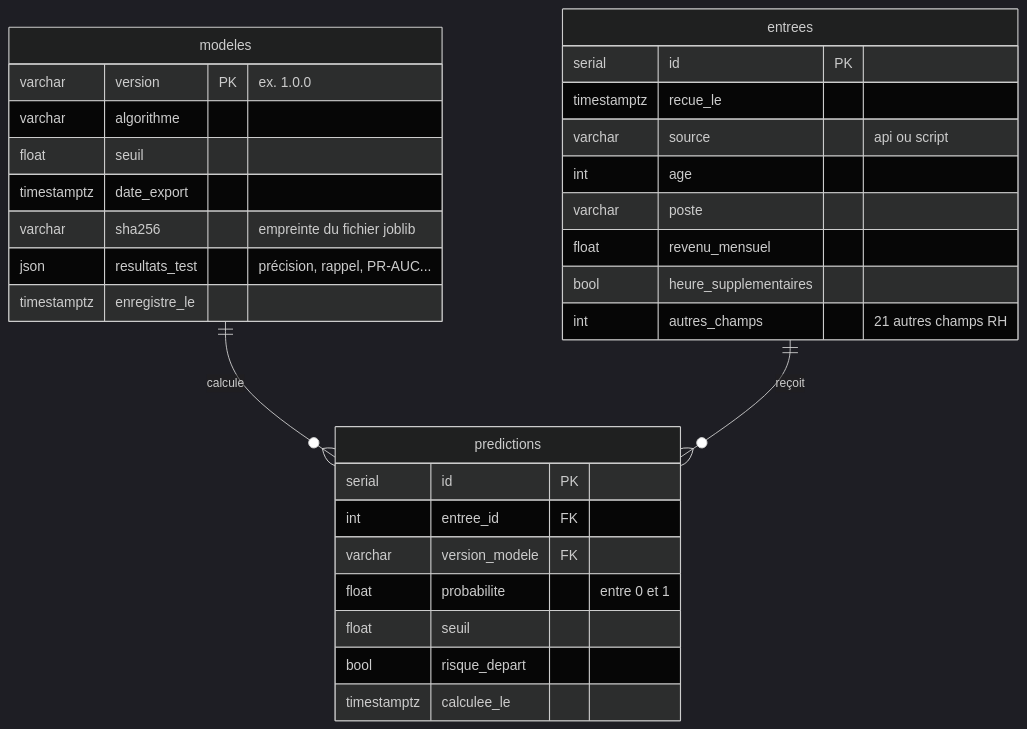
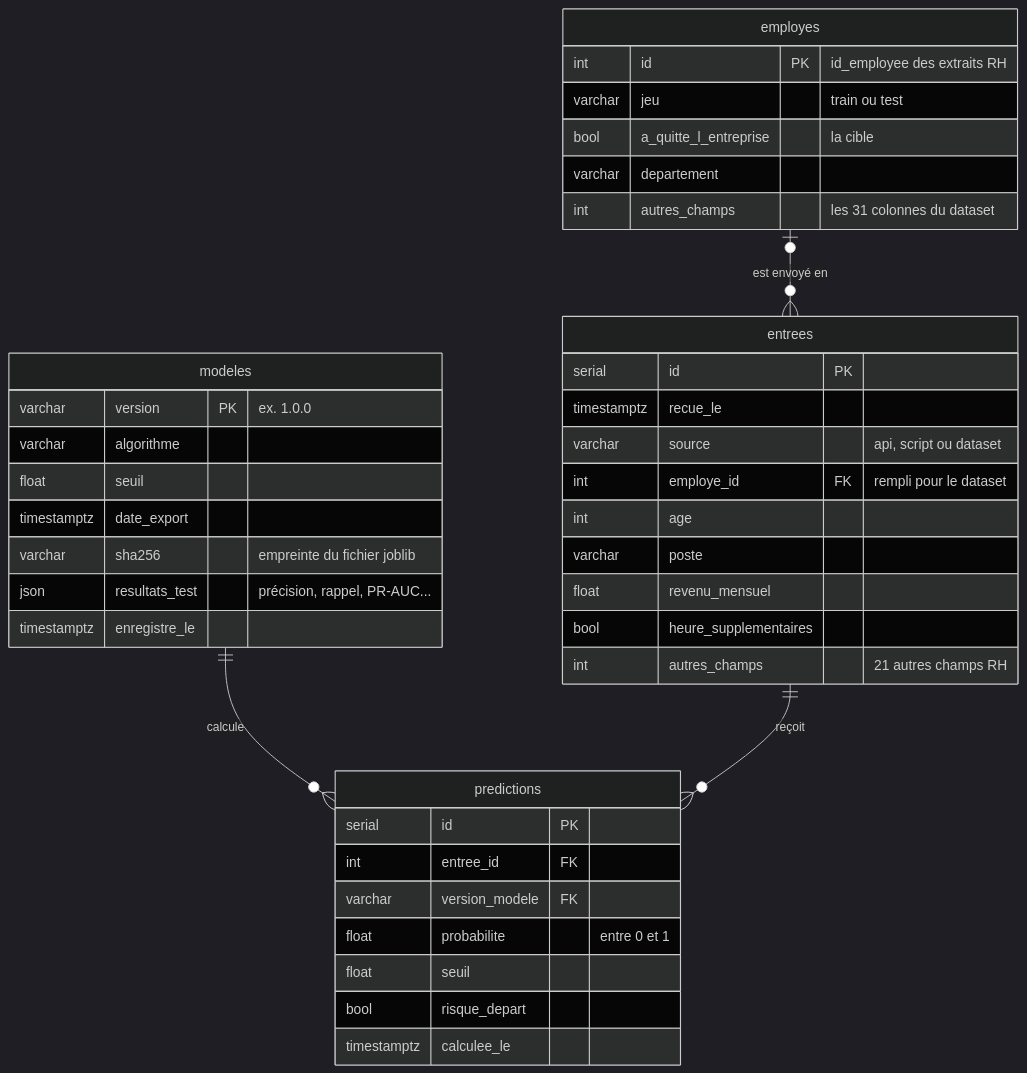
Before and after one commit to hack-the-void/futurisys-attrition: the diagram in docs/BASE_DE_DONNEES.md, drawn with Mermaid (dark theme). The commit also changed other lines of this file and 1 other file, not shown here.

Commit message:
docs: décrit l'import du dataset et les droits d'accès

````diff
--- a/docs/BASE_DE_DONNEES.md
+++ b/docs/BASE_DE_DONNEES.md
@@ -8,34 +10,44 @@
 ```mermaid
 erDiagram
+    employes |o--o{ entrees : "est envoyé en"
     modeles ||--o{ predictions : "calcule"
     entrees ||--o{ predictions : "reçoit"
+
+    employes {
+        int id PK "id_employee des extraits RH"
+        varchar jeu "train ou test"
+        bool a_quitte_l_entreprise "la cible"
+        varchar departement
+        int autres_champs "les 31 colonnes du dataset"
+    }
 
     modeles {
         varchar version PK "ex. 1.0.0"
         varchar algorithme
         float seuil
         timestamptz date_export
         varchar sha256 "empreinte du fichier joblib"
         json resultats_test "précision, rappel, PR-AUC..."
         timestamptz enregistre_le
     }
     entrees {
         serial id PK
         timestamptz recue_le
-        varchar source "api ou script"
+        varchar source "api, script ou dataset"
+        int employe_id FK "rempli pour le dataset"
         int age
         varchar poste
         float revenu_mensuel
         bool heure_supplementaires
         int autres_champs "21 autres champs RH"
     }
     predictions {
         serial id PK
         int entree_id FK
         varchar version_modele FK
         float probabilite "entre 0 et 1"
         float seuil
         bool risque_depart
         timestamptz calculee_le
     }
 ```
````
